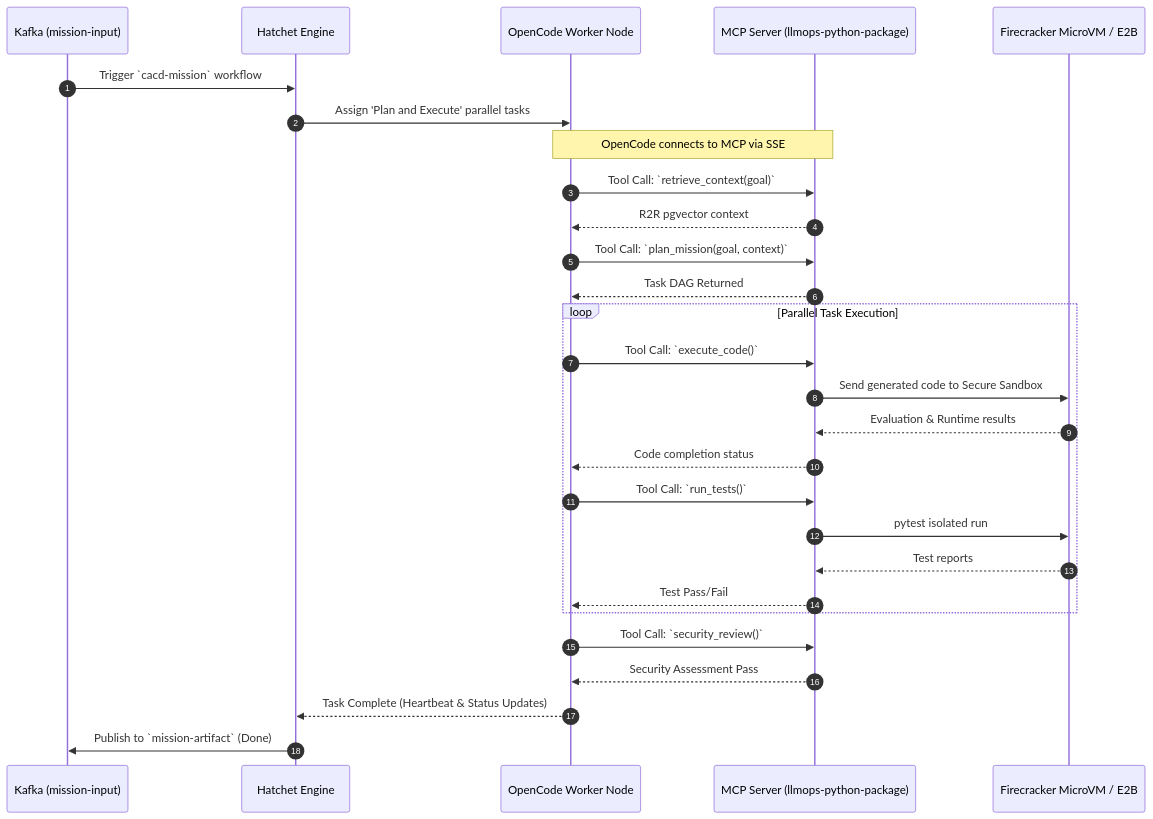
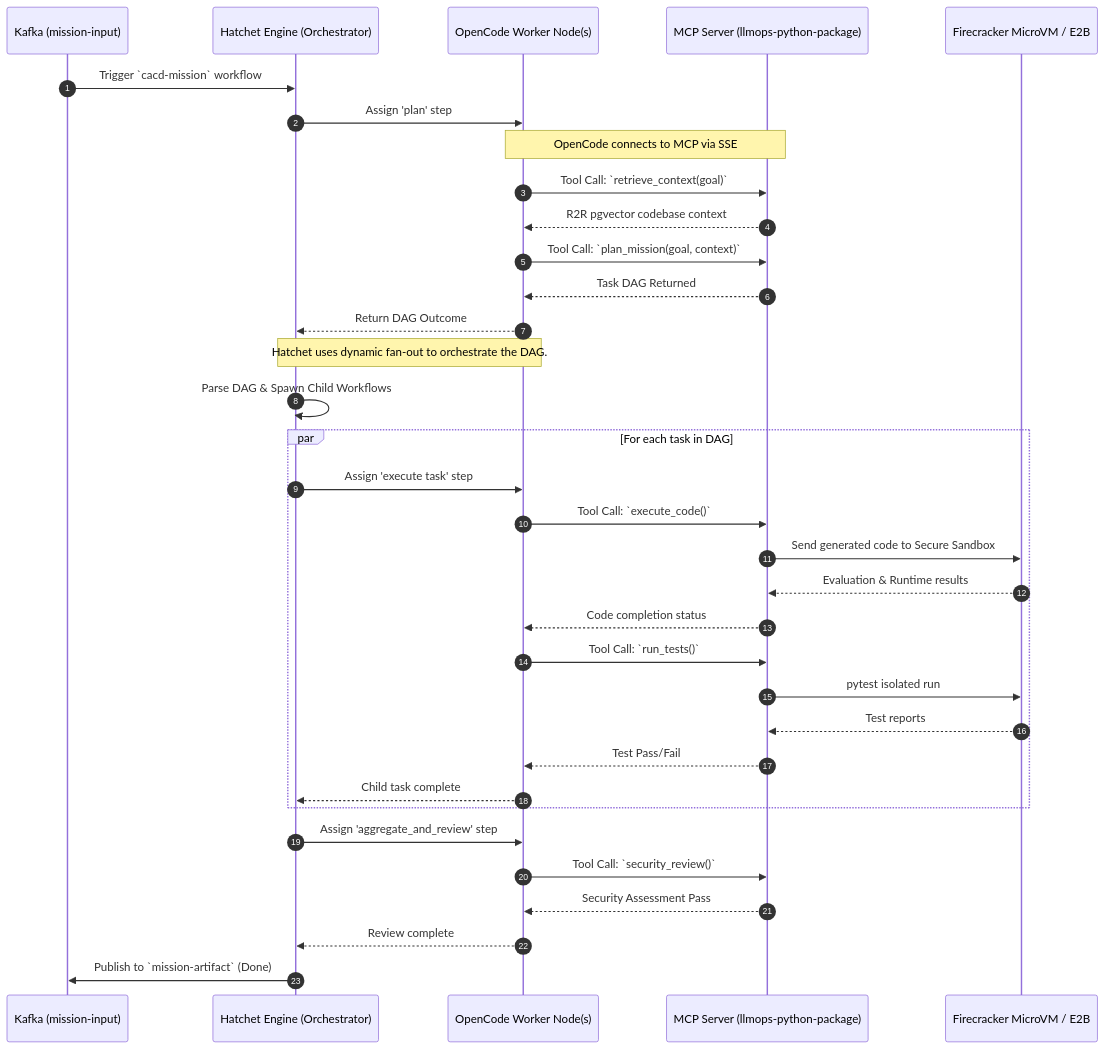
Before and after one commit to lgcorzo/rust_CACD_autonomous_factory: the second of 2 diagrams in wiki/opencode-integration.md, drawn with Mermaid. The commit also changed other lines of this file, not shown here.

Commit message:
docs: Refine Hatchet control flow and DAG parsing in OpenCode integration wiki

````diff
--- a/wiki/opencode-integration.md
+++ b/wiki/opencode-integration.md
@@ -50,37 +52,44 @@
 ```mermaid
 sequenceDiagram
     autonumber
     participant K as Kafka (mission-input)
-    participant H as Hatchet Engine
-    participant O as OpenCode Worker Node
+    participant H as Hatchet Engine (Orchestrator)
+    participant O as OpenCode Worker Node(s)
     participant M as MCP Server (llmops-python-package)
     participant E as Firecracker MicroVM / E2B
 
     K->>H: Trigger `cacd-mission` workflow
-    H->>O: Assign 'Plan and Execute' parallel tasks
+    H->>O: Assign 'plan' step
 
     Note over O,M: OpenCode connects to MCP via SSE
     O->>M: Tool Call: `retrieve_context(goal)`
-    M-->>O: R2R pgvector context
+    M-->>O: R2R pgvector codebase context
 
     O->>M: Tool Call: `plan_mission(goal, context)`
     M-->>O: Task DAG Returned
+    O-->>H: Return DAG Outcome
 
-    loop Parallel Task Execution
+    Note over H,O: Hatchet uses dynamic fan-out to orchestrate the DAG.
+    H->>H: Parse DAG & Spawn Child Workflows
+
+    par For each task in DAG
+        H->>O: Assign 'execute task' step
         O->>M: Tool Call: `execute_code()`
         M->>E: Send generated code to Secure Sandbox
         E-->>M: Evaluation & Runtime results
         M-->>O: Code completion status
 
         O->>M: Tool Call: `run_tests()`
         M->>E: pytest isolated run
         E-->>M: Test reports
         M-->>O: Test Pass/Fail
+        O-->>H: Child task complete
     end
 
+    H->>O: Assign 'aggregate_and_review' step
     O->>M: Tool Call: `security_review()`
     M-->>O: Security Assessment Pass
+    O-->>H: Review complete
 
-    O-->>H: Task Complete (Heartbeat & Status Updates)
     H->>K: Publish to `mission-artifact` (Done)
 ```
````
